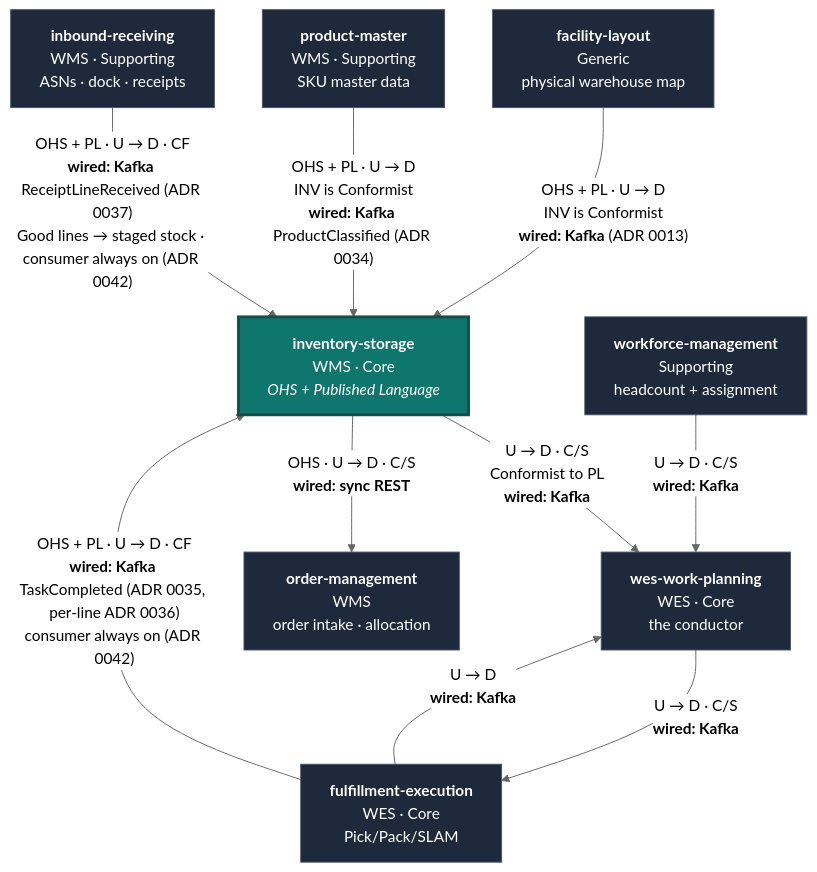
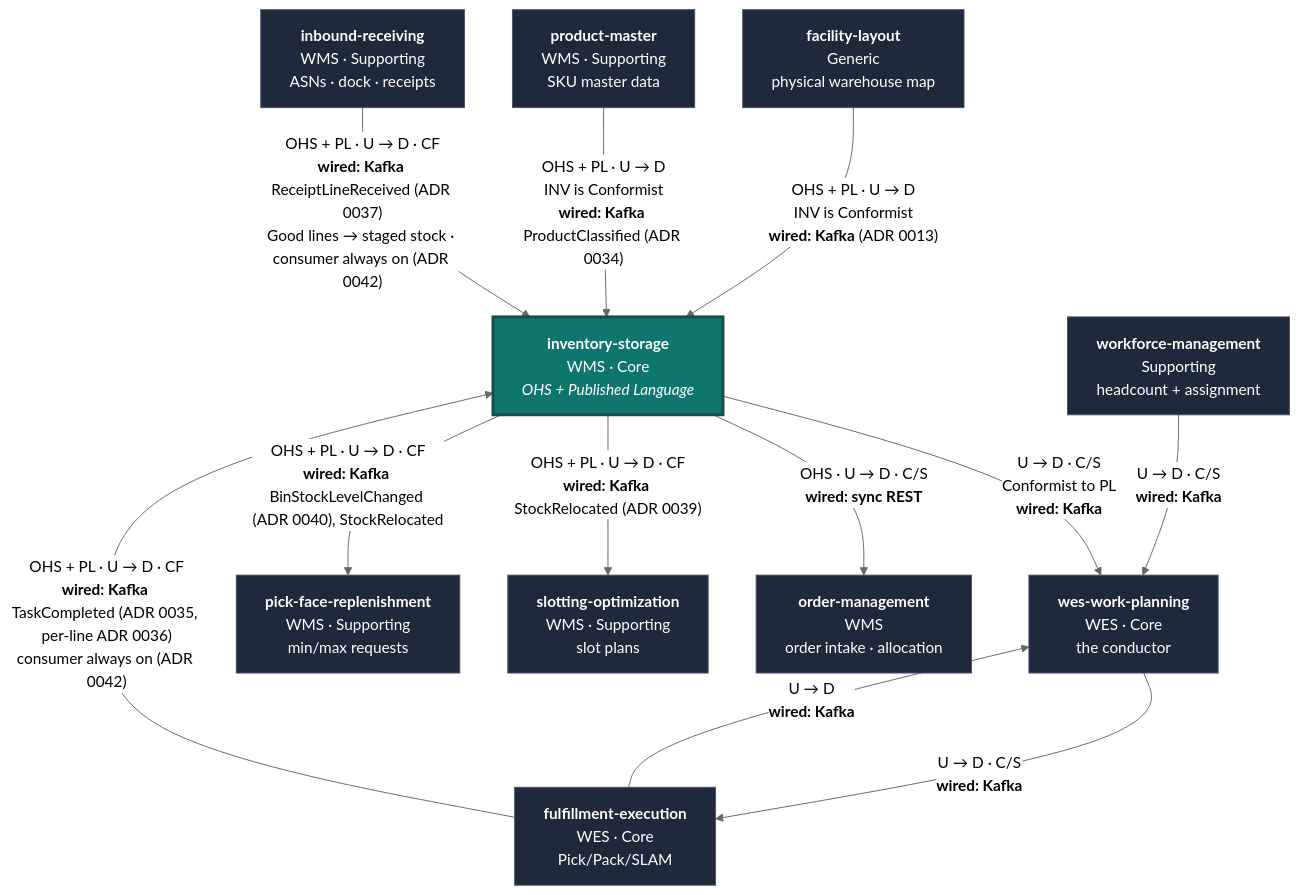
The diagram in docs/docs/ddd/context-relationships.md (IQVO/inventory-storage), drawn with Mermaid (neutral theme) before and after one commit. The commit also changed other lines of this file and 15 other files, not shown here.

````diff
--- a/docs/docs/ddd/context-relationships.md
+++ b/docs/docs/ddd/context-relationships.md
@@ -52,27 +52,31 @@
 ```mermaid
 flowchart TB
     INV["<b>inventory-storage</b><br/>WMS · Core<br/><i>OHS + Published Language</i>"]
     WP["<b>wes-work-planning</b><br/>WES · Core<br/>the conductor"]
     FE["<b>fulfillment-execution</b><br/>WES · Core<br/>Pick/Pack/SLAM"]
     WM["<b>workforce-management</b><br/>Supporting<br/>headcount + assignment"]
     FL["<b>facility-layout</b><br/>Generic<br/>physical warehouse map"]
     OM["<b>order-management</b><br/>WMS<br/>order intake · allocation"]
     PM["<b>product-master</b><br/>WMS · Supporting<br/>SKU master data"]
     IR["<b>inbound-receiving</b><br/>WMS · Supporting<br/>ASNs · dock · receipts"]
+    SO["<b>slotting-optimization</b><br/>WMS · Supporting<br/>slot plans"]
+    PFR["<b>pick-face-replenishment</b><br/>WMS · Supporting<br/>min/max requests"]
 
     INV -->|"U → D · C/S<br/>Conformist to PL<br/><b>wired: Kafka</b>"| WP
     WM -->|"U → D · C/S<br/><b>wired: Kafka</b>"| WP
     WP -->|"U → D · C/S<br/><b>wired: Kafka</b>"| FE
     FE -->|"U → D<br/><b>wired: Kafka</b>"| WP
     FL -->|"OHS + PL · U → D<br/>INV is Conformist<br/><b>wired: Kafka</b> (ADR 0013)"| INV
     PM -->|"OHS + PL · U → D<br/>INV is Conformist<br/><b>wired: Kafka</b> ProductClassified (ADR 0034)"| INV
     INV -->|"OHS · U → D · C/S<br/><b>wired: sync REST</b>"| OM
     FE -->|"OHS + PL · U → D · CF<br/><b>wired: Kafka</b> TaskCompleted (ADR 0035, per-line ADR 0036)<br/>consumer always on (ADR 0042)"| INV
     IR -->|"OHS + PL · U → D · CF<br/><b>wired: Kafka</b> ReceiptLineReceived (ADR 0037)<br/>Good lines → staged stock · consumer always on (ADR 0042)"| INV
+    INV -->|"OHS + PL · U → D · CF<br/><b>wired: Kafka</b> StockRelocated (ADR 0039)"| SO
+    INV -->|"OHS + PL · U → D · CF<br/><b>wired: Kafka</b> BinStockLevelChanged (ADR 0040), StockRelocated"| PFR
 
     classDef this fill:#0f766e,stroke:#134e4a,color:#fff,stroke-width:3px;
     classDef other fill:#1e293b,stroke:#475569,color:#fff;
     classDef future fill:#475569,stroke:#94a3b8,color:#e2e8f0,stroke-dasharray: 5 5;
     class INV this;
-    class WP,FE,WM,OM,FL,PM,IR other;
+    class WP,FE,WM,OM,FL,PM,IR,SO,PFR other;
 ```
````
